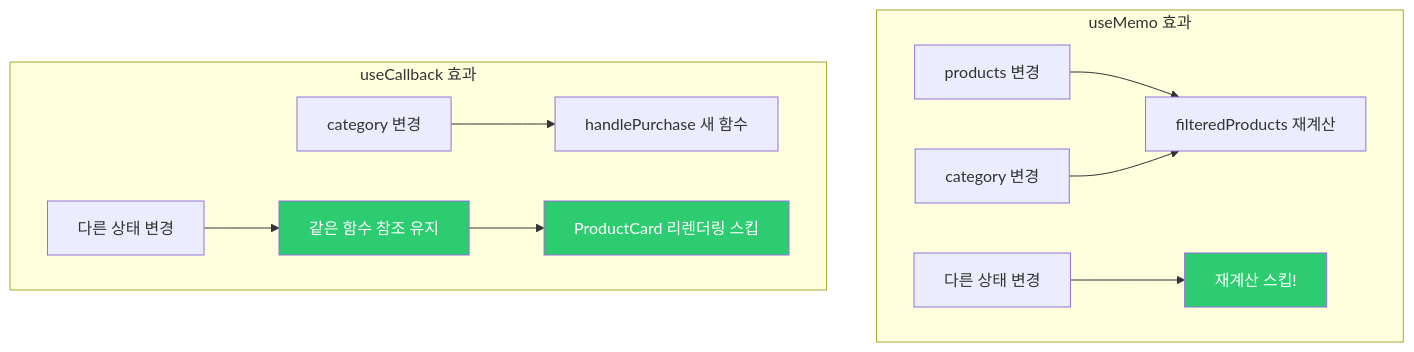
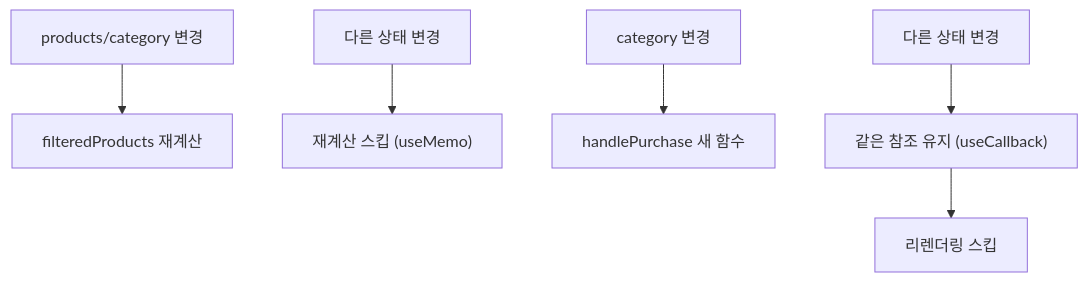
One commit to yjkim2015/yjkim2015.github.io changed the second of 5 diagrams in _posts/frontend/2026-05-02-react-performance.md. Above: the diagram before and after it, drawn with Mermaid. The commit also changed other lines of this file and 215 other files, not shown here.

First line of the commit message:
신규 포스트 10개 추가 + Mermaid 전면 축소 + SystemDesign 시리즈 보강

````diff
--- a/_posts/frontend/2026-05-02-react-performance.md
+++ b/_posts/frontend/2026-05-02-react-performance.md
@@ -133,18 +132,7 @@
 ```mermaid
 graph TD
-    subgraph "useMemo 효과"
-        A["products 변경"] --> B["filteredProducts 재계산"]
-        C["category 변경"] --> B
-        D["다른 상태 변경"] --> E["재계산 스킵!"]
-    end
-
-    subgraph "useCallback 효과"
-        F["category 변경"] --> G["handlePurchase 새 함수"]
-        H["다른 상태 변경"] --> I["같은 함수 참조 유지"]
-        I --> J["ProductCard 리렌더링 스킵"]
-    end
-
-    style E fill:#2ecc71,color:#fff
-    style I fill:#2ecc71,color:#fff
-    style J fill:#2ecc71,color:#fff
+    A["products/category 변경"] --> B["filteredProducts 재계산"]
+    D["다른 상태 변경"] --> E["재계산 스킵 (useMemo)"]
+    F["category 변경"] --> G["handlePurchase 새 함수"]
+    H["다른 상태 변경"] --> I["같은 참조 유지 (useCallback)"] --> J["리렌더링 스킵"]
 ```
````
